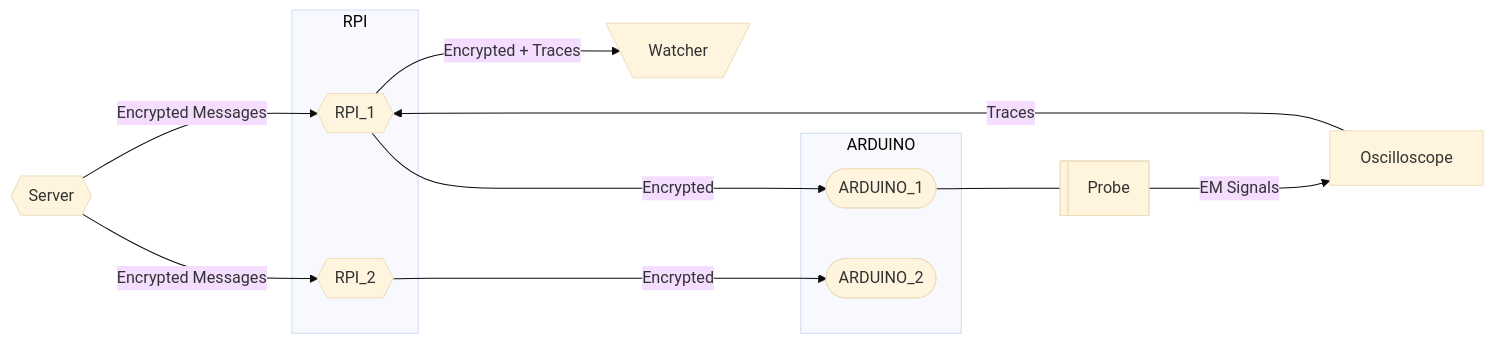
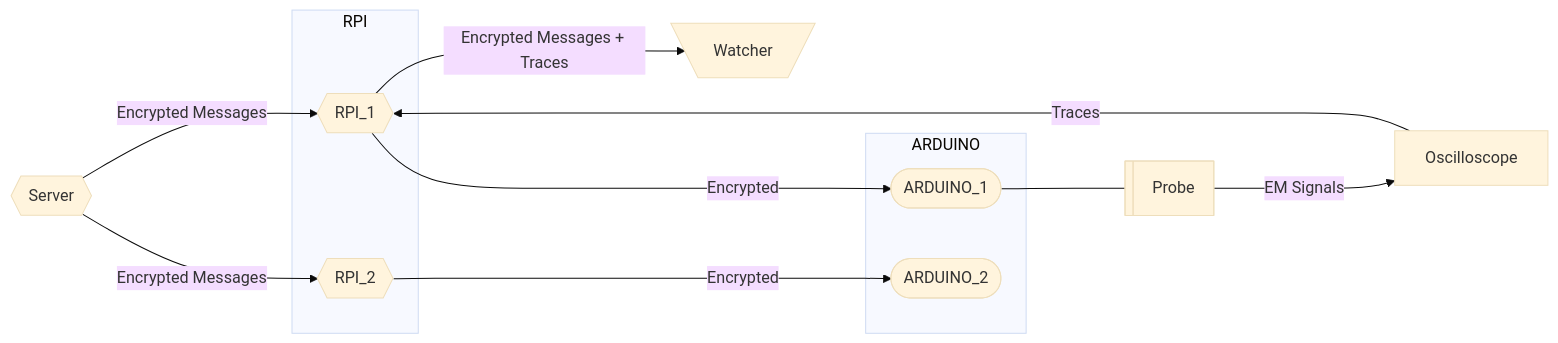
One commit to aknay/defconsg-2026-nice-lab changed the diagram in README.md. Above: the diagram before and after it, drawn with Mermaid (base theme).

Commit message:
Update README with improved RPI1 description

````diff
--- a/README.md
+++ b/README.md
@@ -67,31 +67,31 @@
 ```mermaid
 flowchart LR
     %% Node Definitions
     SERVER@{ shape: hex, label: "Server" }
     WATCHER@{ shape: trap-t, label: "Watcher" }
     DUT@{ shape: rect, label: "Oscilloscope" }
     PROBE@{ shape: lin-rect, label: "Probe" }
 
     subgraph RPI
         RPI1@{ shape: hex, label: "RPI_1" }
         RPI2@{ shape: hex, label: "RPI_2" }
     end
 
     subgraph ARDUINO
         A1@{ shape: stadium, label: "ARDUINO_1" }
         A2@{ shape: stadium, label: "ARDUINO_2" }
     end
 
     %% Connections
     SERVER -->|Encrypted Messages| RPI1
     SERVER -->|Encrypted Messages| RPI2
 
     RPI1 -->|Encrypted| A1
     RPI2 --->|Encrypted| A2
 
     A1 --- PROBE
     PROBE --->|EM Signals| DUT
     DUT --->|Traces| RPI1
     
-    RPI1 -->|Encrypted + Traces| WATCHER
+    RPI1 -->|Encrypted Messages + Traces| WATCHER
 ```
````
